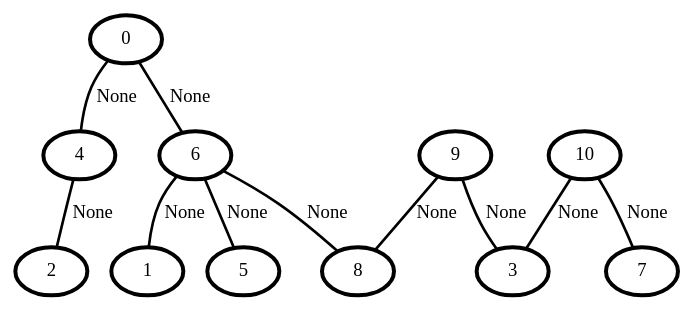
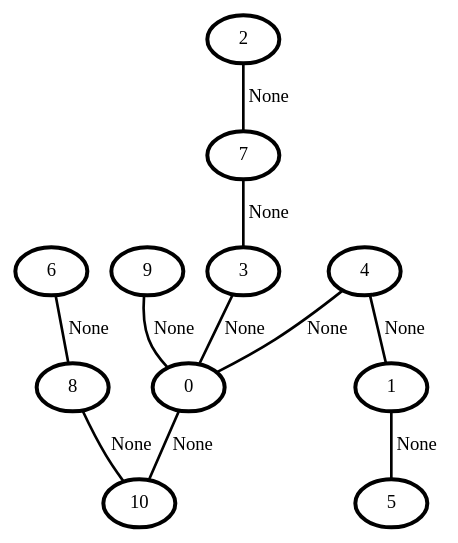
Before and after one commit to Alex314-dev/graphisomorphism: the diagram in Colored/trees11.dot, drawn with Graphviz. The commit also changed 5 other files, not shown here.

Commit message:
Tree automorphism DONE BBY (for 2 graphs)

```diff
--- a/Colored/trees11.dot
+++ b/Colored/trees11.dot
@@ -1,24 +1,24 @@
 graph G {
     0 [penwidth=3,label="0"]
     1 [penwidth=3,label="1"]
     2 [penwidth=3,label="2"]
     3 [penwidth=3,label="3"]
     4 [penwidth=3,label="4"]
     5 [penwidth=3,label="5"]
     6 [penwidth=3,label="6"]
     7 [penwidth=3,label="7"]
     8 [penwidth=3,label="8"]
     9 [penwidth=3,label="9"]
     10 [penwidth=3,label="10"]
 
-    0--6 [penwidth=2,label="None"]
+    7--3 [penwidth=2,label="None"]
     6--8 [penwidth=2,label="None"]
-    9--3 [penwidth=2,label="None"]
-    9--8 [penwidth=2,label="None"]
-    10--7 [penwidth=2,label="None"]
-    4--2 [penwidth=2,label="None"]
-    6--5 [penwidth=2,label="None"]
-    6--1 [penwidth=2,label="None"]
-    10--3 [penwidth=2,label="None"]
-    0--4 [penwidth=2,label="None"]
+    1--5 [penwidth=2,label="None"]
+    2--7 [penwidth=2,label="None"]
+    4--1 [penwidth=2,label="None"]
+    9--0 [penwidth=2,label="None"]
+    4--0 [penwidth=2,label="None"]
+    0--10 [penwidth=2,label="None"]
+    8--10 [penwidth=2,label="None"]
+    3--0 [penwidth=2,label="None"]
 }
```
